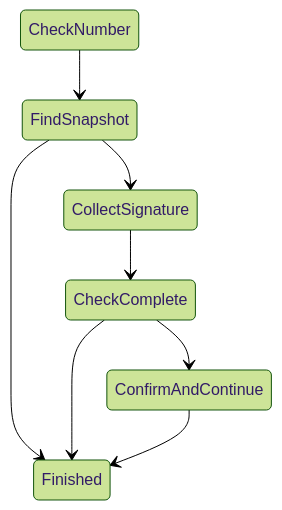
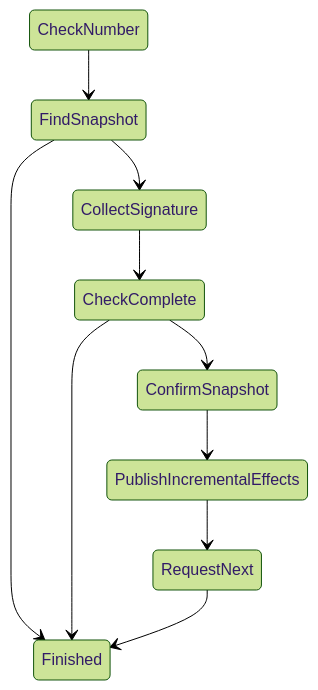
The eighth of 20 diagrams in docs/docs/dev/architecture/head-logic-machines.md (cardano-scaling/hydra), drawn with Mermaid (forest theme) before and after one commit. The commit also changed other lines of this file, not shown here.

Commit message:
Regenerate diagrams with named lifecycle operations

````diff
--- a/docs/docs/dev/architecture/head-logic-machines.md
+++ b/docs/docs/dev/architecture/head-logic-machines.md
@@ -218,17 +218,21 @@
 ```mermaid
 stateDiagram-v2
 state "CheckNumber" as s0
 state "FindSnapshot" as s1
 state "CollectSignature" as s2
 state "CheckComplete" as s3
-state "ConfirmAndContinue" as s4
-state "Finished" as s5
+state "ConfirmSnapshot" as s4
+state "PublishIncrementalEffects" as s5
+state "RequestNext" as s6
+state "Finished" as s7
 s0 --> s1
 s1 --> s2
-s1 --> s5
+s1 --> s7
 s2 --> s3
 s3 --> s4
-s3 --> s5
+s3 --> s7
 s4 --> s5
+s5 --> s6
+s6 --> s7
 
 ```
````
